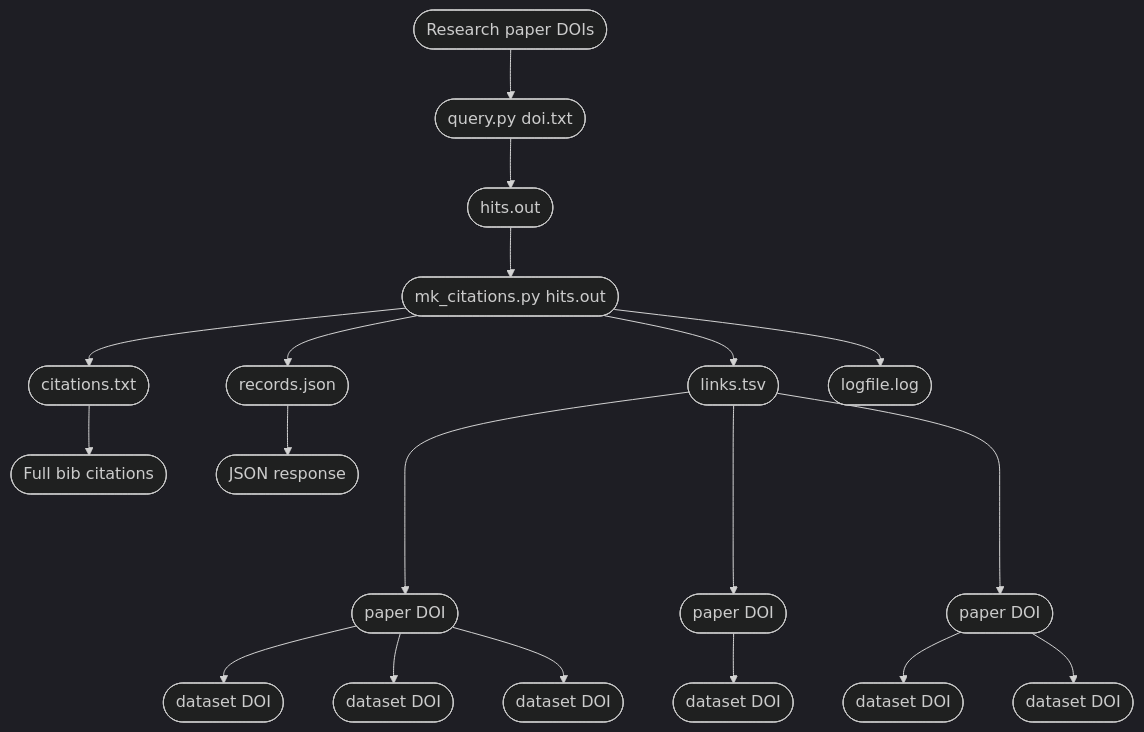
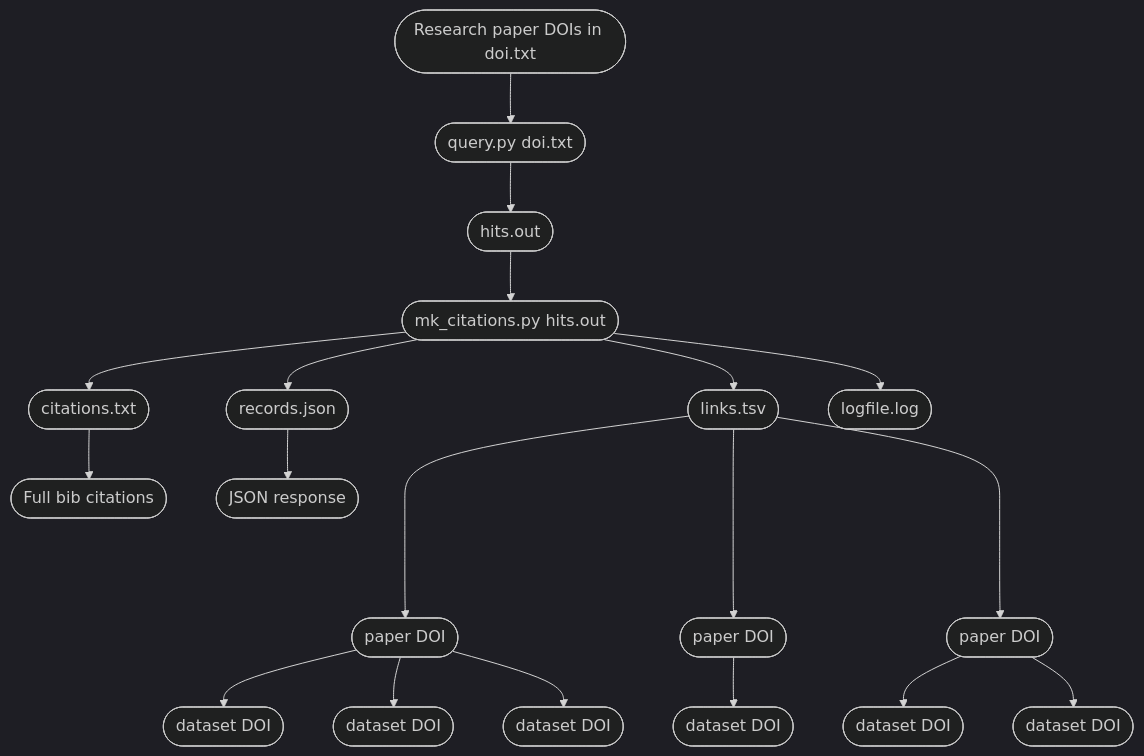
One commit to sefnyn/scholix changed the diagram in README.md. Above: the diagram before and after it, drawn with Mermaid (dark theme). The commit also changed other lines of this file, not shown here.

````diff
--- a/README.md
+++ b/README.md
@@ -3,22 +3,22 @@
 ```mermaid
 graph TD;
-    A([Research paper DOIs]);
+    A([Research paper DOIs in doi.txt]);
     A --> B([query.py doi.txt]);
     B --> C([hits.out]);
     C --> D([mk_citations.py hits.out]);
     D --> E([links.tsv]);
     D --> F([citations.txt]);
     D --> G([records.json]);
     D --> H([logfile.log]);
     E ----> P2([paper DOI]);
     E ----> P1([paper DOI]);
     E ----> P3([paper DOI]);
     P2 --> D2A([dataset DOI]);
     P2 --> D2B([dataset DOI]);
     P2 --> D2C([dataset DOI]);
     P1 --> D1([dataset DOI]);
     P3 --> D3A([dataset DOI]);
     P3 --> D3B([dataset DOI]);
     F --> K([Full bib citations]);
     G --> L([JSON response]);
 ```
````
